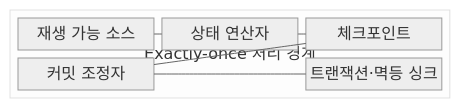
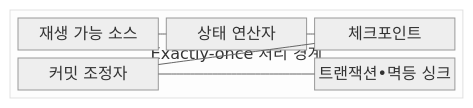
The first of 2 diagrams in src/content/docs/notes/03-software/121_exactly_once_semantics.md (agnusdei1207/knowledge-base), drawn with Mermaid (neutral theme) before and after one commit. The commit also changed other lines of this file and 953 other files, not shown here.

````diff
--- a/src/content/docs/notes/03-software/121_exactly_once_semantics.md
+++ b/src/content/docs/notes/03-software/121_exactly_once_semantics.md
@@ -68,17 +68,17 @@
 ```mermaid
 block
     columns 1
     block:EOS["Exactly-once 처리 경계"]
         columns 3
         S["재생 가능 소스"]
         O["상태 연산자"]
         C["체크포인트"]
         T["커밋 조정자"]
         space
-        K["트랜잭션·멱등 싱크"]
+        K["트랜잭션•멱등 싱크"]
     end
     S --- O
     O --- C
     C --- T
     T --- K
 ```
````
